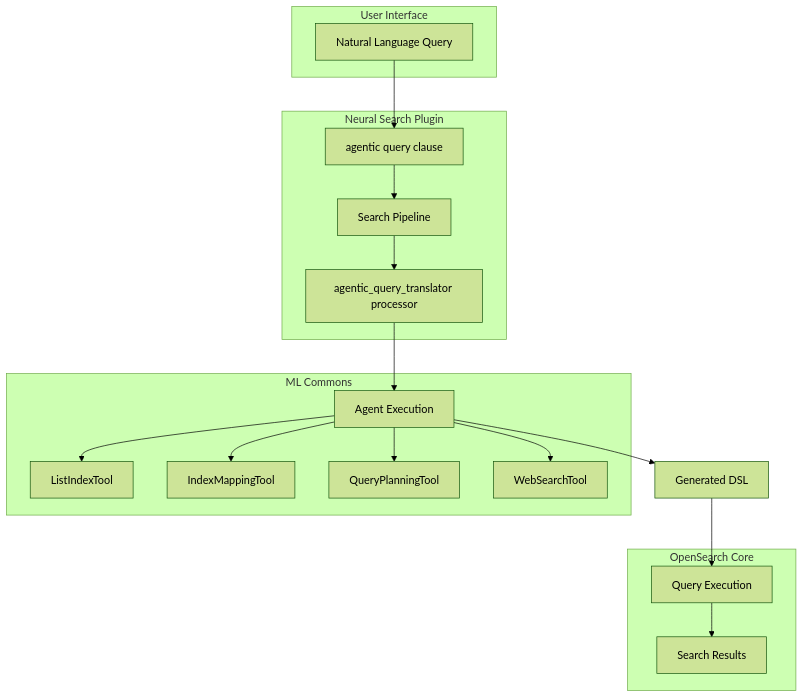
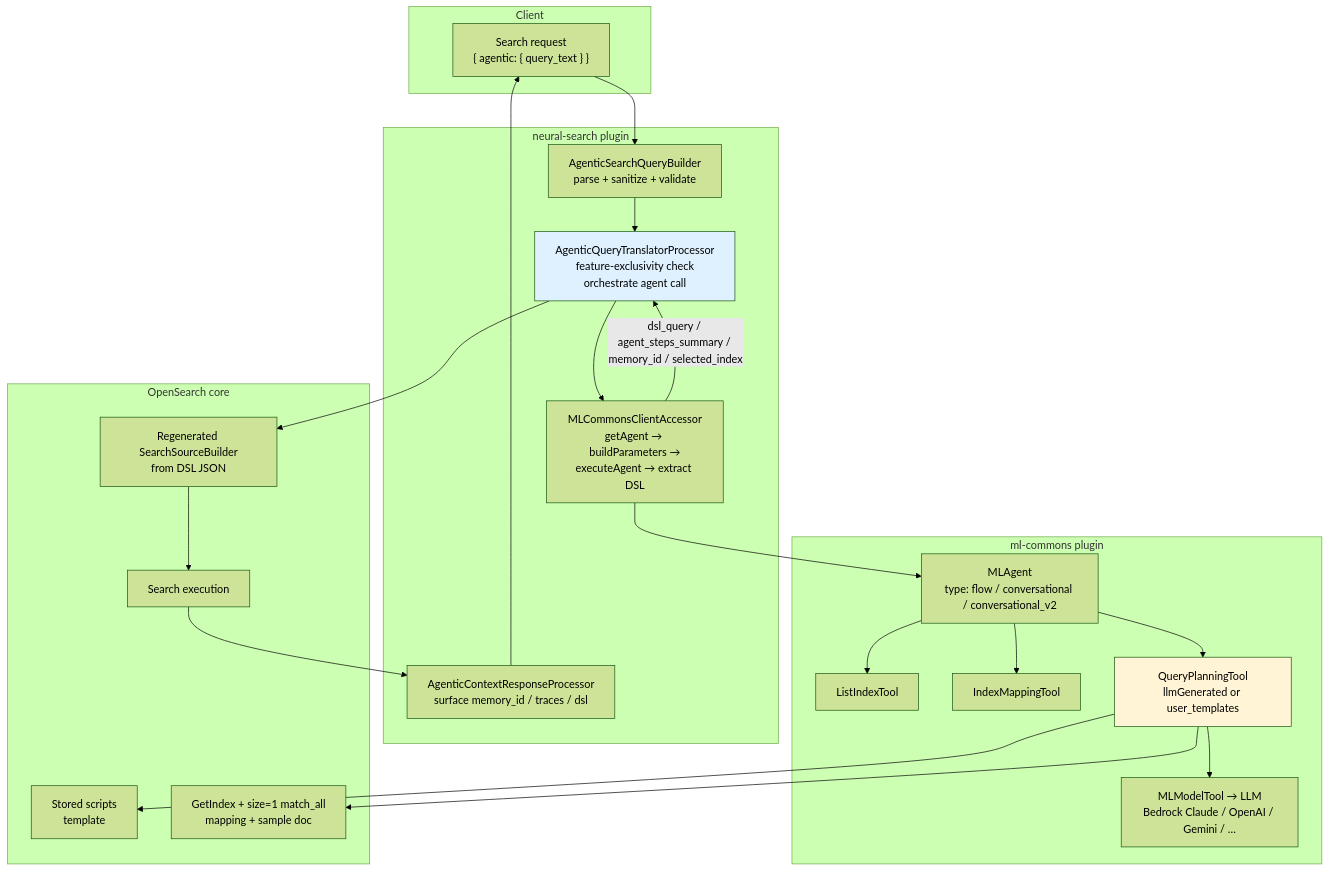
Before and after one commit to tkykenmt/opensearch-feature-explorer: the first of 2 diagrams in docs/features/neural-search/neural-search-agentic-search.md, drawn with Mermaid (forest theme). The commit also changed other lines of this file, not shown here.

````diff
--- a/docs/features/neural-search/neural-search-agentic-search.md
+++ b/docs/features/neural-search/neural-search-agentic-search.md
@@ -21,37 +23,42 @@
 ```mermaid
 graph TB
-    subgraph "User Interface"
-        A[Natural Language Query]
+    subgraph "Client"
+        A["Search request<br/>{ agentic: { query_text } }"]
     end
-    
-    subgraph "Neural Search Plugin"
-        B[agentic query clause]
-        C[Search Pipeline]
-        D[agentic_query_translator processor]
+
+    subgraph "neural-search plugin"
+        B[AgenticSearchQueryBuilder<br/>parse + sanitize + validate]
+        C[AgenticQueryTranslatorProcessor<br/>feature-exclusivity check<br/>orchestrate agent call]
+        D[MLCommonsClientAccessor<br/>getAgent → buildParameters →<br/>executeAgent → extract DSL]
+        E[AgenticContextResponseProcessor<br/>surface memory_id / traces / dsl]
     end
-    
-    subgraph "ML Commons"
-        E[Agent Execution]
-        F[ListIndexTool]
-        G[IndexMappingTool]
-        H[QueryPlanningTool]
-        I[WebSearchTool]
+
+    subgraph "ml-commons plugin"
+        F[MLAgent<br/>type: flow / conversational / conversational_v2]
+        G[ListIndexTool]
+        H[IndexMappingTool]
+        I[QueryPlanningTool<br/>llmGenerated or user_templates]
+        J[MLModelTool → LLM<br/>Bedrock Claude / OpenAI / Gemini / …]
     end
-    
-    subgraph "OpenSearch Core"
-        J[Query Execution]
-        K[Search Results]
+
+    subgraph "OpenSearch core"
+        K[Stored scripts<br/>template]
+        L[GetIndex + size=1 match_all<br/>mapping + sample doc]
+        M[Regenerated SearchSourceBuilder<br/>from DSL JSON]
+        N[Search execution]
     end
-    
-    A --> B
-    B --> C
-    C --> D
-    D --> E
-    E --> F
-    E --> G
-    E --> H
-    E --> I
-    E --> L[Generated DSL]
-    L --> J
-    J --> K
+
+    A --> B --> C --> D --> F
+    F --> G
+    F --> H
+    F --> I
+    I --> L
+    I --> K
+    I --> J
+    D -->|dsl_query / agent_steps_summary / memory_id / selected_index| C
+    C --> M --> N
+    N --> E --> A
+
+    style I fill:#fff4d6
+    style C fill:#dff1ff
 ```
````
